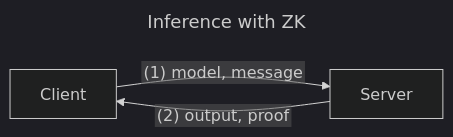
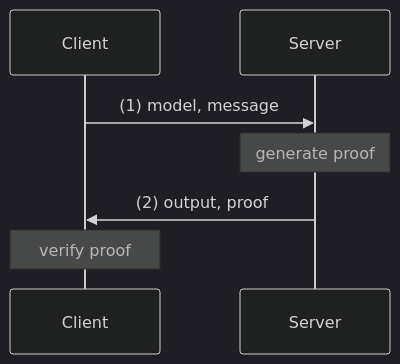
One commit to erhant/cryptist-2025-inference changed the second of 4 diagrams in src/img/01_inference.md. Above: the diagram before and after it, drawn with Mermaid (dark theme). The commit also changed other lines of this file and 24 other files, not shown here.

````diff
--- a/src/img/01_inference.md
+++ b/src/img/01_inference.md
@@ -16,14 +17,13 @@
 ```mermaid
----
-title: Inference with ZK
----
 %% the command below is needed for svg rendering in typst %%
-%%{ init: { "htmlLabels": false, "flowchart": { "htmlLabels": false } } }%%
+%%{ init: { "htmlLabels": false, "sequenceDiagram": { "htmlLabels": false } } }%%
 
-flowchart LR
-    C[Client]
-    S[Server]
+sequenceDiagram
+  participant C as Client
+  participant S as Server
 
-    C -- (1) model, message --> S
-    S -- (2) output, proof --> C
+  C->>S: (1) model, message
+  note over S: generate proof
+  S->>C: (2) output, proof
+  note over C: verify proof
 ```
````
